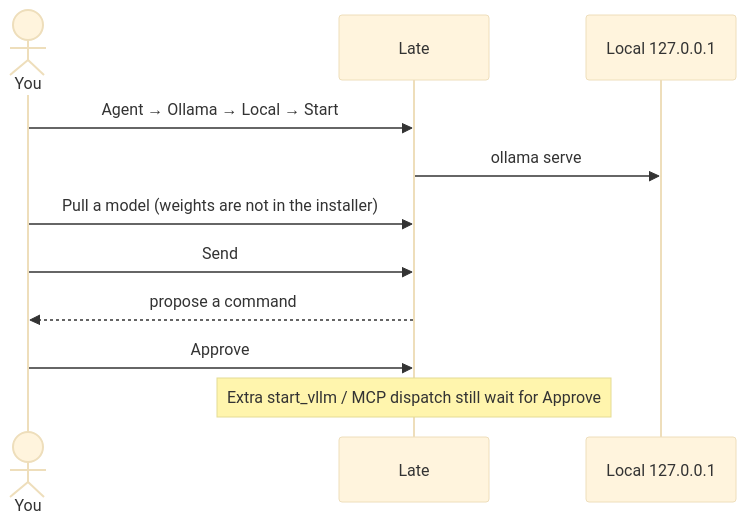
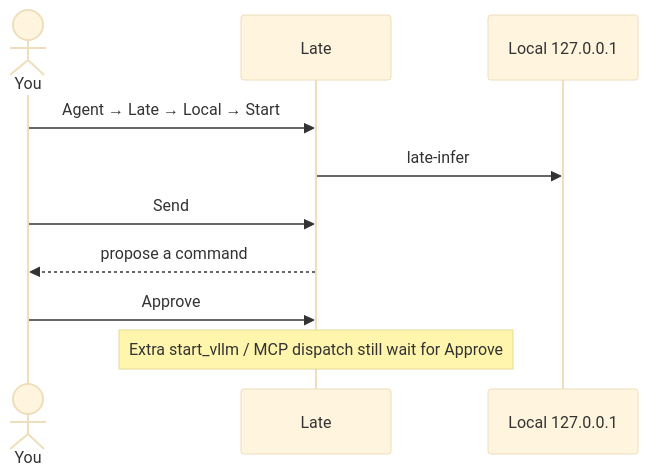
One commit to Unaware-Kerbin/late changed the diagram in README.md. Above: the diagram before and after it, drawn with Mermaid (base theme). The commit also changed other lines of this file, not shown here.

````diff
--- a/README.md
+++ b/README.md
@@ -39,13 +41,12 @@
 ```mermaid
 sequenceDiagram
   actor You
   participant Late
   participant Local as Local 127.0.0.1
-  You->>Late: Agent → Ollama → Local → Start
-  Late->>Local: ollama serve
-  You->>Late: Pull a model (weights are not in the installer)
+  You->>Late: Agent → Late → Local → Start
+  Late->>Local: late-infer
   You->>Late: Send
   Late-->>You: propose a command
   You->>Late: Approve
   Note over Late: Extra start_vllm / MCP dispatch still wait for Approve
 ```
````
